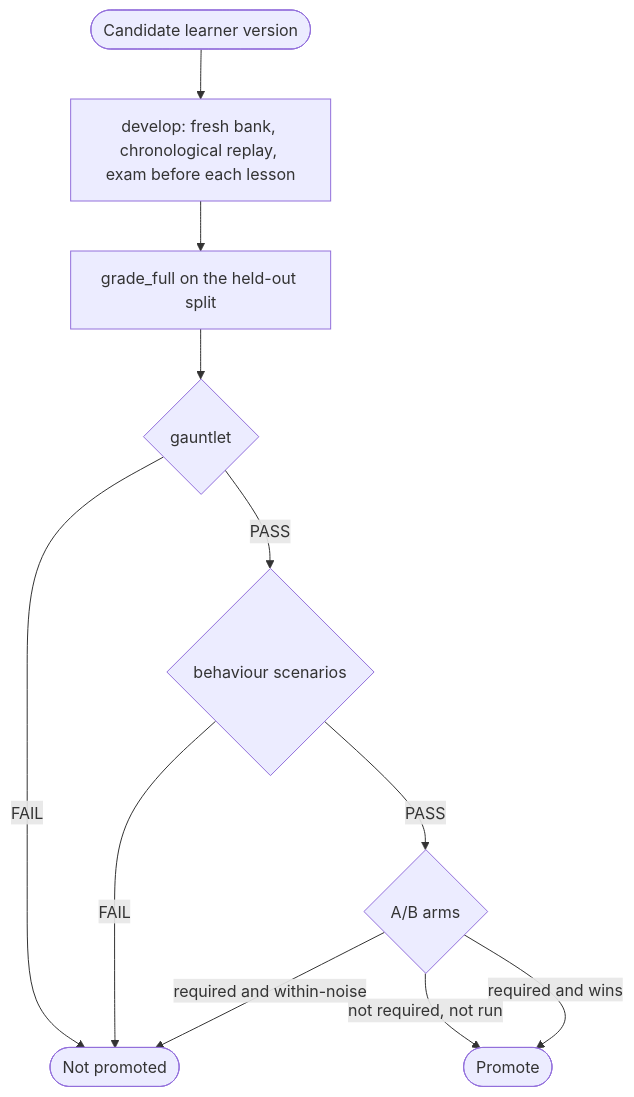
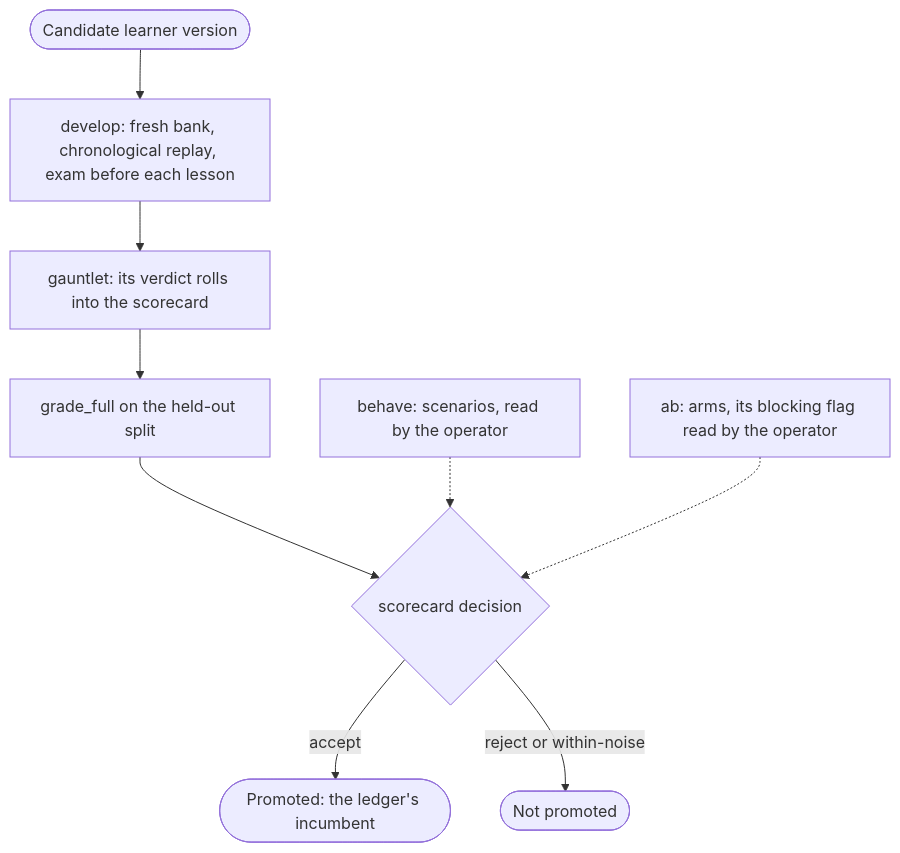
One commit to Abhishek-B-R/kapso changed the second of 2 diagrams in docs/learn/development-mode.mdx. Above: the diagram before and after it, drawn with Mermaid. The commit also changed other lines of this file and 25 other files, not shown here.

````diff
--- a/docs/learn/development-mode.mdx
+++ b/docs/learn/development-mode.mdx
@@ -102,13 +102,11 @@
 ```mermaid
 flowchart TD
     Start([Candidate learner version]) --> Dev[develop: fresh bank, chronological replay, exam before each lesson]
-    Dev --> Full[grade_full on the held-out split]
-    Full --> Gaunt{gauntlet}
-    Gaunt -->|FAIL| Block([Not promoted])
-    Gaunt -->|PASS| Behave{behaviour scenarios}
-    Behave -->|FAIL| Block
-    Behave -->|PASS| AB{A/B arms}
-    AB -->|not required, not run| Promote([Promote])
-    AB -->|required and wins| Promote
-    AB -->|required and within-noise| Block
+    Dev --> Gaunt[gauntlet: its verdict rolls into the scorecard]
+    Gaunt --> Full[grade_full on the held-out split]
+    Full --> Card{scorecard decision}
+    Card -->|accept| Promote([Promoted: the ledger's incumbent])
+    Card -->|reject or within-noise| Block([Not promoted])
+    Behave[behave: scenarios, read by the operator] -.-> Card
+    AB[ab: arms, its blocking flag read by the operator] -.-> Card
 ```
````
